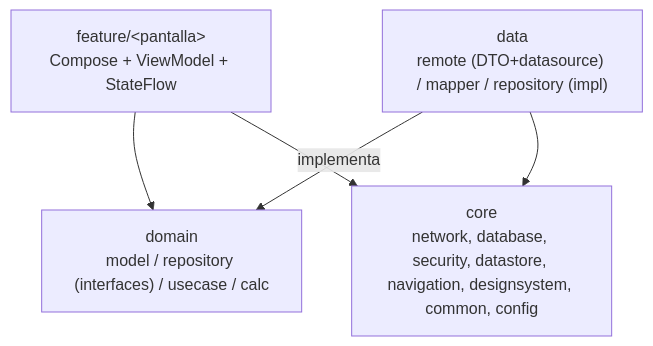
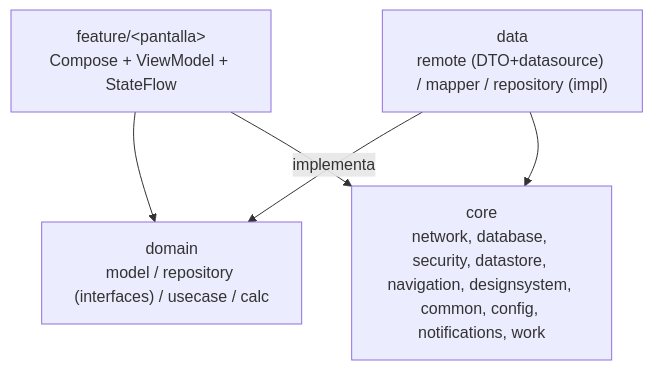
One commit to lucho314/spotter-kotlin changed the first of 4 diagrams in docs/arquitectura.md. Above: the diagram before and after it, drawn with Mermaid. The commit also changed other lines of this file and 8 other files, not shown here.

````diff
--- a/docs/arquitectura.md
+++ b/docs/arquitectura.md
@@ -14,9 +14,9 @@
 ```mermaid
 graph TD
     feature["feature/&lt;pantalla&gt;<br/>Compose + ViewModel + StateFlow"] --> domain
     domain["domain<br/>model / repository (interfaces) / usecase / calc"]
     data["data<br/>remote (DTO+datasource) / mapper / repository (impl)"] -->|implementa| domain
-    core["core<br/>network, database, security, datastore, navigation, designsystem, common, config"]
+    core["core<br/>network, database, security, datastore, navigation, designsystem, common, config, notifications, work"]
     data --> core
     feature --> core
 ```
````
